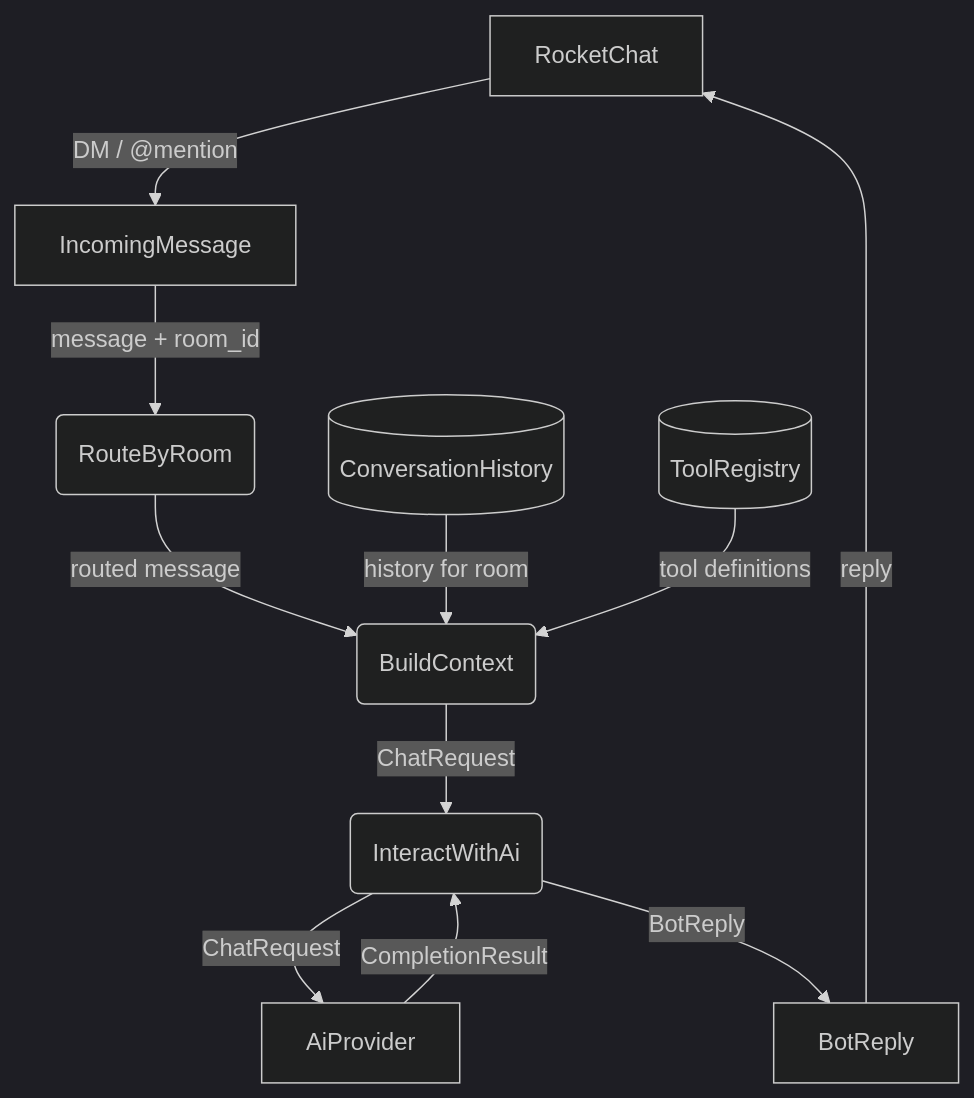
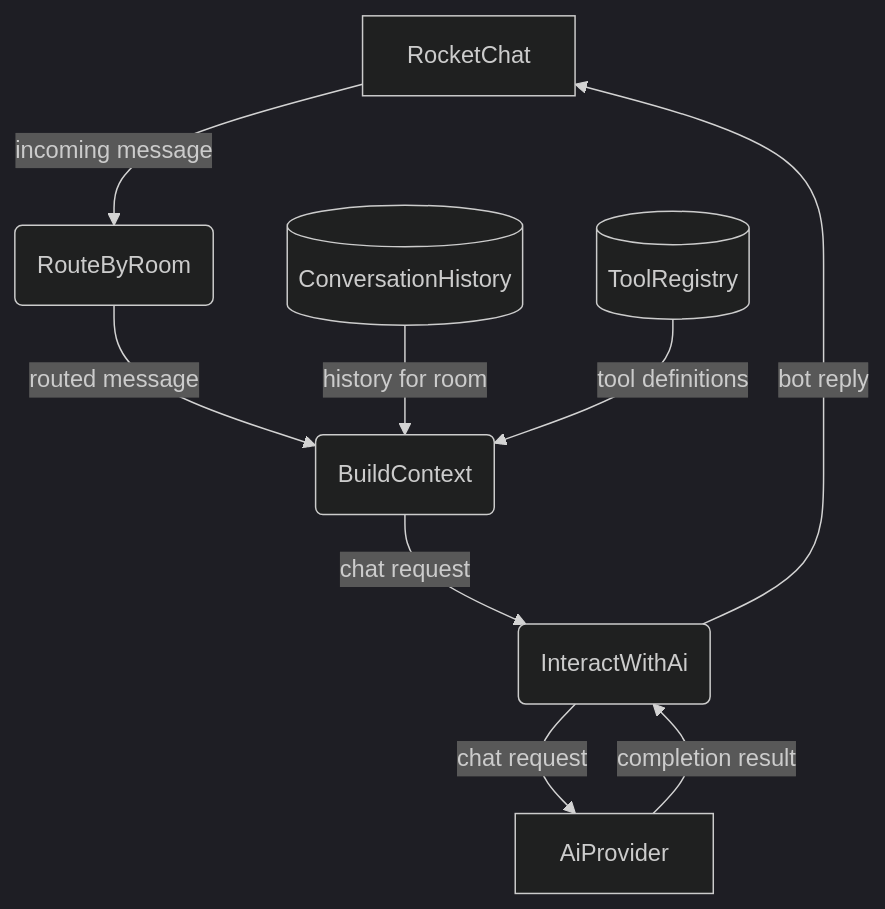
One commit to cosmoswafer/rockbot changed the first of 6 diagrams in _dfds/agent-harness.md. Above: the diagram before and after it, drawn with Mermaid (dark theme). The commit also changed other lines of this file and 7 other files, not shown here.

````diff
--- a/_dfds/agent-harness.md
+++ b/_dfds/agent-harness.md
@@ -23,23 +23,19 @@
 ```mermaid
 flowchart TD
     RC[RocketChat]
-    EVT[IncomingMessage]
     ROUTE(RouteByRoom)
     CTX(BuildContext)
     MEM[(ConversationHistory)]
     TOOLS_DEF[(ToolRegistry)]
     INTERACT(InteractWithAi)
     AI[AiProvider]
-    REPLY[BotReply]
 
-    RC -->|"DM / @mention"| EVT
-    EVT -->|"message + room_id"| ROUTE
+    RC -->|"incoming message"| ROUTE
     ROUTE -->|"routed message"| CTX
     MEM -->|"history for room"| CTX
     TOOLS_DEF -->|"tool definitions"| CTX
-    CTX -->|"ChatRequest"| INTERACT
-    INTERACT -->|"ChatRequest"| AI
-    AI -->|"CompletionResult"| INTERACT
-    INTERACT -->|"BotReply"| REPLY
-    REPLY -->|"reply"| RC
+    CTX -->|"chat request"| INTERACT
+    INTERACT -->|"chat request"| AI
+    AI -->|"completion result"| INTERACT
+    INTERACT -->|"bot reply"| RC
 ```
````
